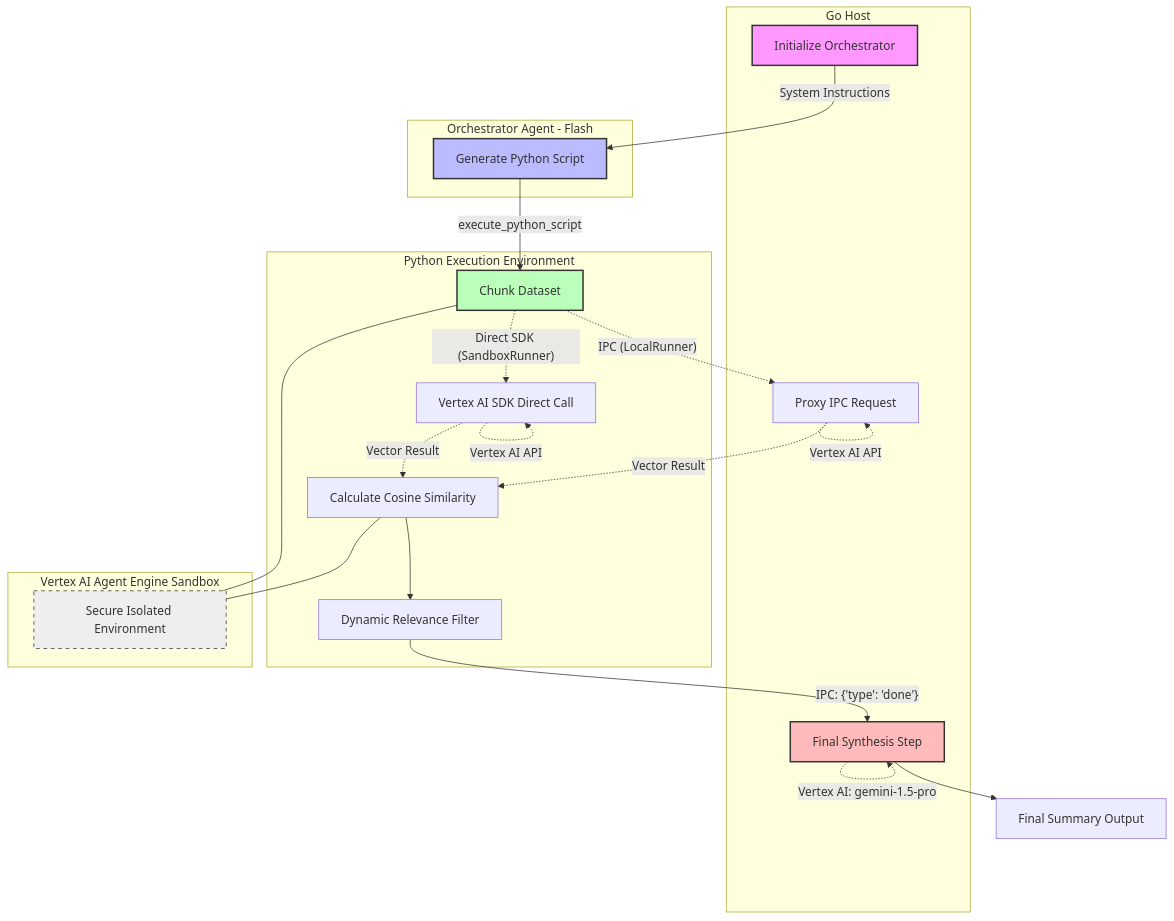
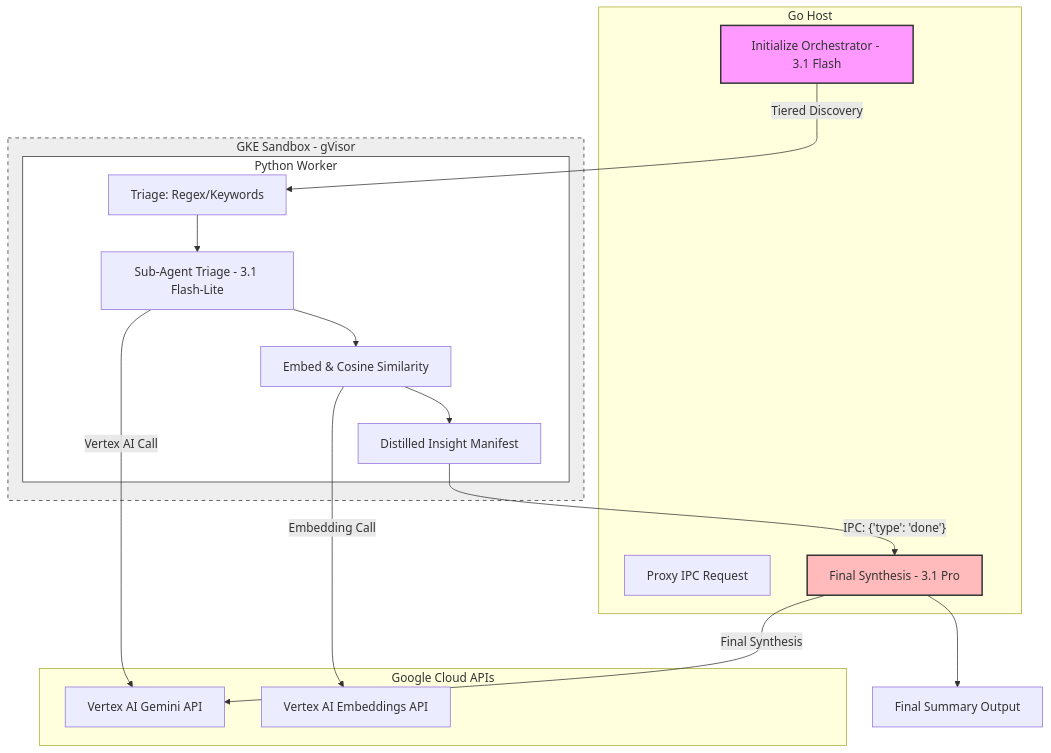
The diagram in WORKFLOW.md (iuriikogan/code-sandbox-repl-rag), drawn with Mermaid before and after one commit. The commit also changed other lines of this file and 18 other files, not shown here.

First line of the commit message:
feat: upgrade to Gemini 3.1 & GKE Sandbox Agentic RAG

````diff
--- a/WORKFLOW.md
+++ b/WORKFLOW.md
@@ -5,53 +5,40 @@
 ```mermaid
 graph TD
     %% Roles and Definitions
     subgraph GoHost [Go Host]
-        A[Initialize Orchestrator]
+        A[Initialize Orchestrator - 3.1 Flash]
         E[Proxy IPC Request]
-        G[Final Synthesis Step]
+        G[Final Synthesis - 3.1 Pro]
     end
 
-    subgraph Orchestrator [Orchestrator Agent - Flash]
-        B[Generate Python Script]
+    subgraph GKESandbox [GKE Sandbox - gVisor]
+        subgraph PythonExecution [Python Worker]
+            C[Triage: Regex/Keywords]
+            D[Sub-Agent Triage - 3.1 Flash-Lite]
+            F[Embed & Cosine Similarity]
+            I[Distilled Insight Manifest]
+        end
     end
 
-    subgraph PythonExecution [Python Execution Environment]
-        C[Chunk Dataset]
-        D[Calculate Cosine Similarity]
-        F[Dynamic Relevance Filter]
-        I[Vertex AI SDK Direct Call]
-    end
-
-    subgraph VertexSandbox [Vertex AI Agent Engine Sandbox]
-        J[Secure Isolated Environment]
+    subgraph GCP_APIs [Google Cloud APIs]
+        V[Vertex AI Gemini API]
+        M[Vertex AI Embeddings API]
     end
 
     %% Flow
-    A -->|System Instructions| B
-    B -->|execute_python_script| C
-    
-    %% Local Path
-    C -.->|"IPC (LocalRunner)"| E
-    E -.->|Vertex AI API| E
-    E -.->|"Vector Result"| D
-
-    %% Sandbox Path
-    C -.->|"Direct SDK (SandboxRunner)"| I
-    I -.->|Vertex AI API| I
-    I -.->|"Vector Result"| D
-    
-    C --- J
-    D --- J
-    
+    A -->|Tiered Discovery| C
+    C --> D
+    D -->|Vertex AI Call| V
     D --> F
-    F -->|"IPC: {'type': 'done'}"| G
-    G -.->|Vertex AI: gemini-1.5-pro| G
+    F -->|Embedding Call| M
+    F --> I
+    I -->|"IPC: {'type': 'done'}"| G
+    G -->|Final Synthesis| V
     G --> H[Final Summary Output]
 
     %% Styling
     style A fill:#f9f,stroke:#333,stroke-width:2px
-    style B fill:#bbf,stroke:#333,stroke-width:2px
-    style C fill:#bfb,stroke:#333,stroke-width:2px
     style G fill:#fbb,stroke:#333,stroke-width:2px
-    style J fill:#eee,stroke:#333,stroke-dasharray: 5 5
+    style GKESandbox fill:#eee,stroke:#333,stroke-dasharray: 5 5
+    style PythonExecution fill:#fff,stroke:#333
 ```
````
